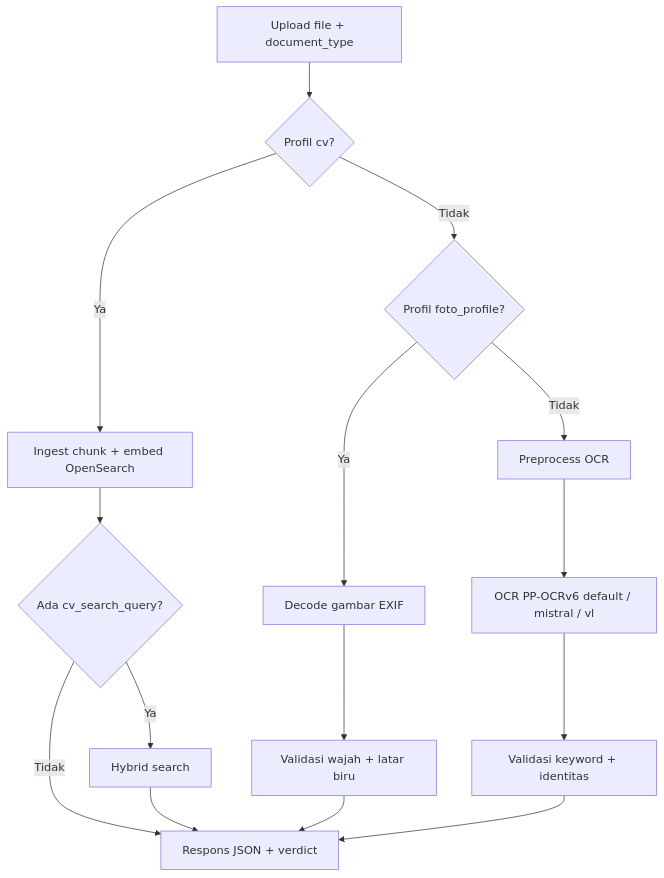
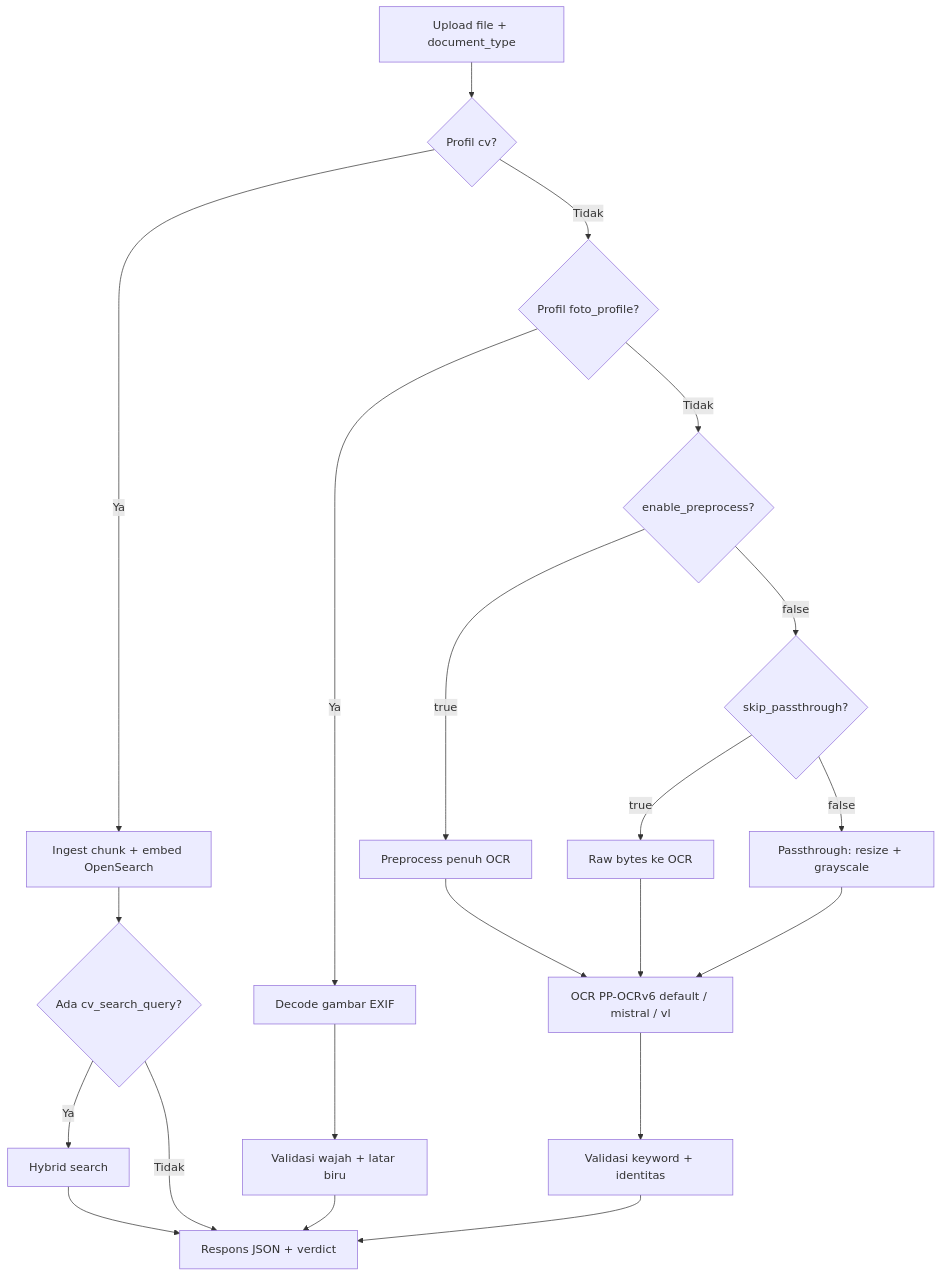
Before and after one commit to codemysister/ocr: the first of 2 diagrams in docs/API_SPEC.md, drawn with Mermaid. The commit also changed other lines of this file and 16 other files, not shown here.

````diff
--- a/docs/API_SPEC.md
+++ b/docs/API_SPEC.md
@@ -216,17 +284,23 @@
 ```mermaid
 flowchart TD
   A[Upload file + document_type] --> B{Profil cv?}
   B -->|Ya| I[Ingest chunk + embed OpenSearch]
   I --> J{Ada cv_search_query?}
   J -->|Ya| K[Hybrid search]
   J -->|Tidak| H
   K --> H[Respons JSON]
   B -->|Tidak| L{Profil foto_profile?}
   L -->|Ya| C[Decode gambar EXIF]
   C --> D[Validasi wajah + latar biru]
-  L -->|Tidak| E[Preprocess OCR]
-  E --> F[OCR PP-OCRv6 default / mistral / vl]
+  L -->|Tidak| E{enable_preprocess?}
+  E -->|true| E2[Preprocess penuh OCR]
+  E -->|false| E0{skip_passthrough?}
+  E0 -->|true| E3[Raw bytes ke OCR]
+  E0 -->|false| E1[Passthrough: resize + grayscale]
+  E1 --> F[OCR PP-OCRv6 default / mistral / vl]
+  E2 --> F[OCR PP-OCRv6 default / mistral / vl]
+  E3 --> F[OCR PP-OCRv6 default / mistral / vl]
   F --> G[Validasi keyword + identitas]
   D --> H[Respons JSON + verdict]
   G --> H
 ```
````
